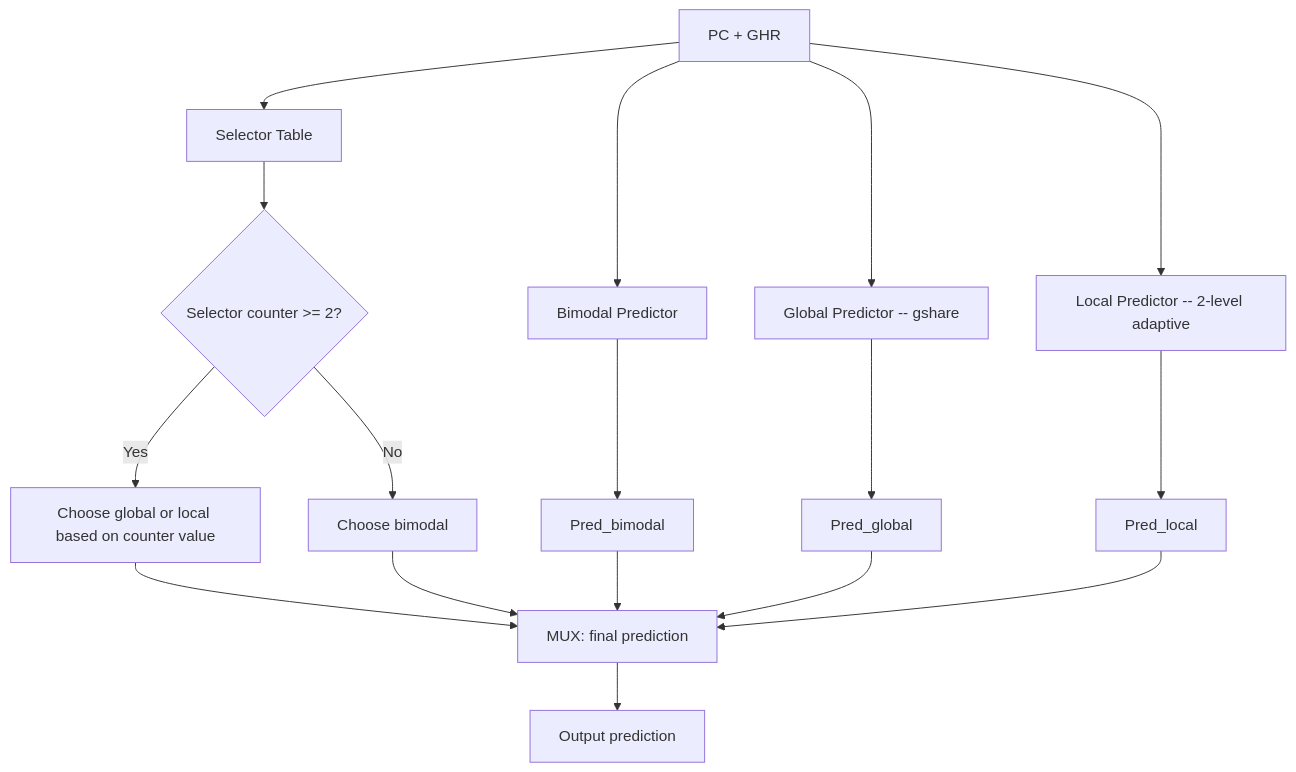
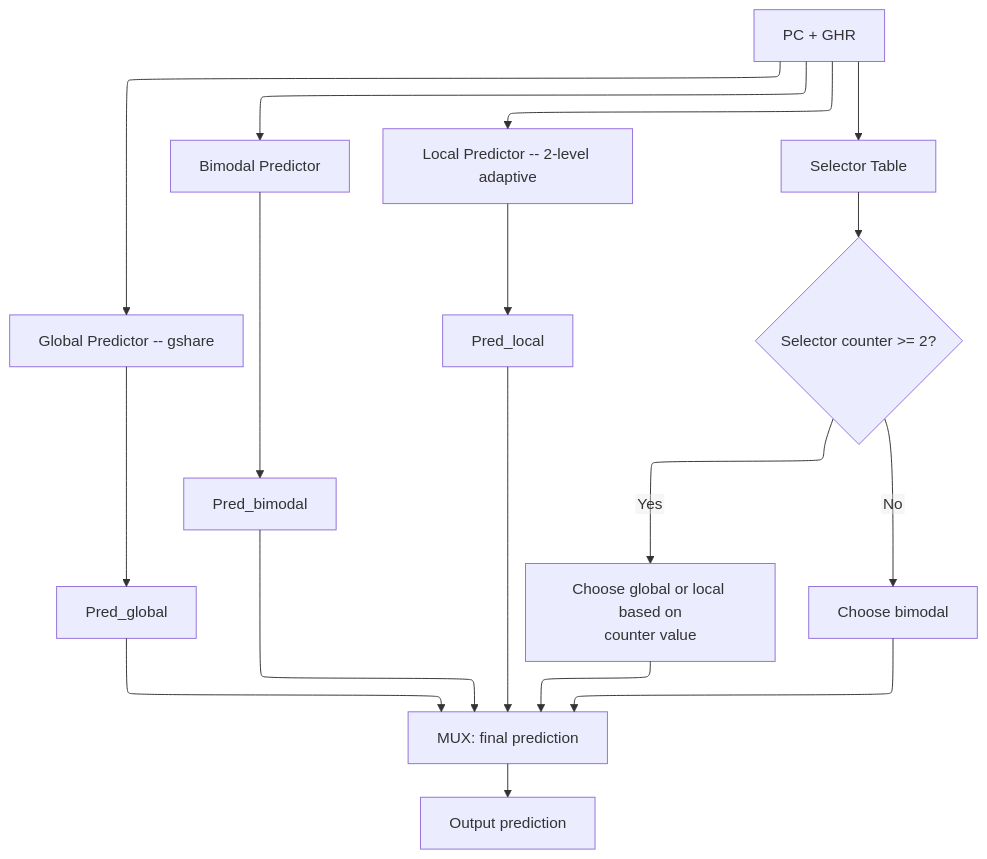
The third of 3 diagrams in hardware_design/01_Architecture_and_PPA/Branch_Prediction_Deep_Dive.md (Wty2003328/ai_infra_intro), drawn with Mermaid before and after one commit. The commit also changed other lines of this file and 108 other files, not shown here.

````diff
--- a/hardware_design/01_Architecture_and_PPA/Branch_Prediction_Deep_Dive.md
+++ b/hardware_design/01_Architecture_and_PPA/Branch_Prediction_Deep_Dive.md
@@ -771,19 +762,20 @@
 ```mermaid
+%%{init: {"flowchart": {"defaultRenderer": "elk", "nodeSpacing": 60, "rankSpacing": 60, "htmlLabels": false}}}%%
 flowchart TD
     A[PC + GHR] --> B[Bimodal Predictor]
     A --> C[Global Predictor -- gshare]
     A --> D[Local Predictor -- 2-level adaptive]
     A --> E[Selector Table]
     B --> F[Pred_bimodal]
     C --> G[Pred_global]
     D --> H[Pred_local]
     E --> I{Selector counter >= 2?}
-    I -->|Yes| J[Choose global or local based on counter value]
+    I -->|Yes| J[Choose global or local based on<br/>counter value]
     I -->|No| K[Choose bimodal]
     J --> L[MUX: final prediction]
     K --> L
     F --> L
     G --> L
     H --> L
     L --> M[Output prediction]
 ```
````
